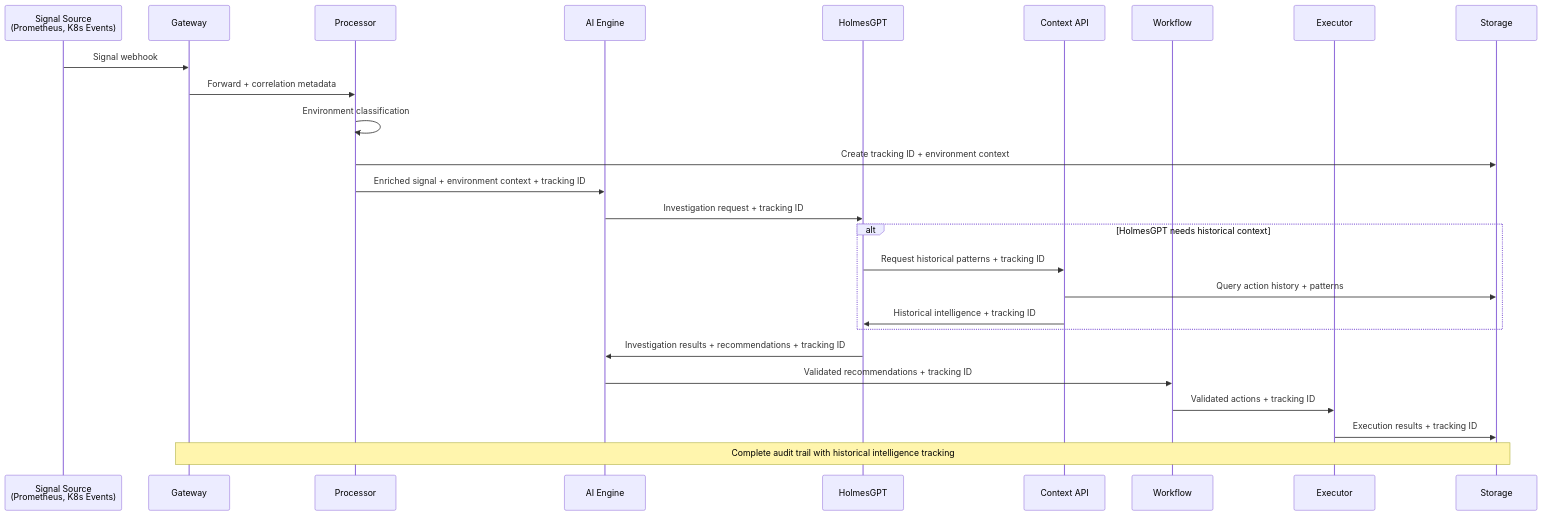
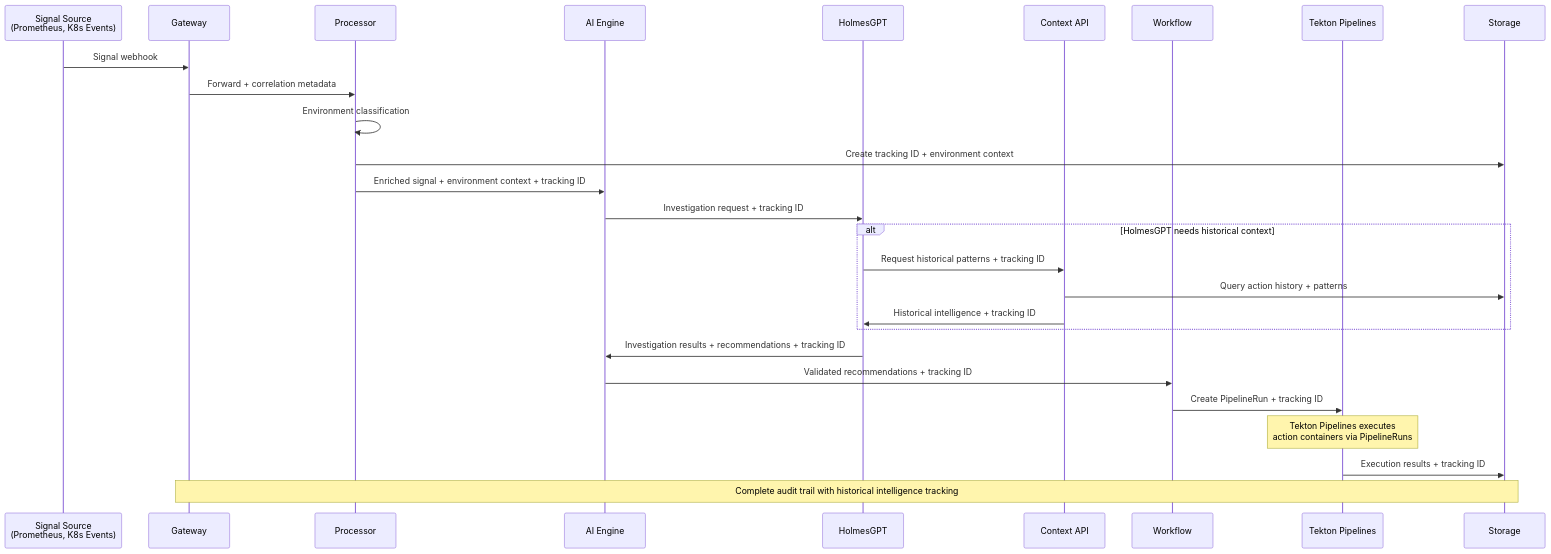
One commit to jordigilh/kubernaut changed the third of 5 diagrams in docs/architecture/KUBERNAUT_ARCHITECTURE_OVERVIEW.md. Above: the diagram before and after it, drawn with Mermaid. The commit also changed 1 other file, not shown here.

Commit message:
docs: update HIGH priority architecture diagrams to use Tekton Pipelines
Phase 1 (HIGH Priority) - Authoritative V1 Architecture Documents:
- KUBERNAUT_ARCHITECTURE_OVERVIEW.md: Updated End-to-End Traceability diagram
  - Changed 'Executor' participant to 'Tekton Pipelines'
  - Updated interaction: W->>TEK: Create PipelineRun + tracking ID
  - Added clarifying note about Tekton executing action containers
- APPROVED_MICROSERVICES_ARCHITECTURE.md: Updated 2 sequence diagrams
  - Main flow diagram: K8s Executor → Tekton Pipelines
  - Workflow execution diagram: Removed 3 separate executor steps, consolidated to single Tekton Pipelines participant

Rationale: Align authoritative V1 architecture docs with ADR-023 (Tekton from V1) and ADR-025 (KubernetesExecutor elimination)

Ref: ARCHITECTURE_EXECUTOR_REFERENCES_TRIAGE.md (Phase 1)

````diff
--- a/docs/architecture/KUBERNAUT_ARCHITECTURE_OVERVIEW.md
+++ b/docs/architecture/KUBERNAUT_ARCHITECTURE_OVERVIEW.md
@@ -127,32 +127,33 @@
 ```mermaid
 sequenceDiagram
     participant SRC as Signal Source<br/>(Prometheus, K8s Events)
     participant G as Gateway
     participant AP as Processor
     participant AI as AI Engine
     participant HGP as HolmesGPT
     participant CTX as Context API
     participant W as Workflow
-    participant E as Executor
+    participant TEK as Tekton Pipelines
     participant S as Storage
 
     SRC->>G: Signal webhook
     G->>AP: Forward + correlation metadata
     AP->>AP: Environment classification
     AP->>S: Create tracking ID + environment context
     AP->>AI: Enriched signal + environment context + tracking ID
     AI->>HGP: Investigation request + tracking ID
 
     alt HolmesGPT needs historical context
         HGP->>CTX: Request historical patterns + tracking ID
         CTX->>S: Query action history + patterns
         CTX->>HGP: Historical intelligence + tracking ID
     end
 
     HGP->>AI: Investigation results + recommendations + tracking ID
     AI->>W: Validated recommendations + tracking ID
-    W->>E: Validated actions + tracking ID
-    E->>S: Execution results + tracking ID
+    W->>TEK: Create PipelineRun + tracking ID
+    Note over TEK: Tekton Pipelines executes<br/>action containers via PipelineRuns
+    TEK->>S: Execution results + tracking ID
 
     Note over G,S: Complete audit trail with historical intelligence tracking
 ```
````
